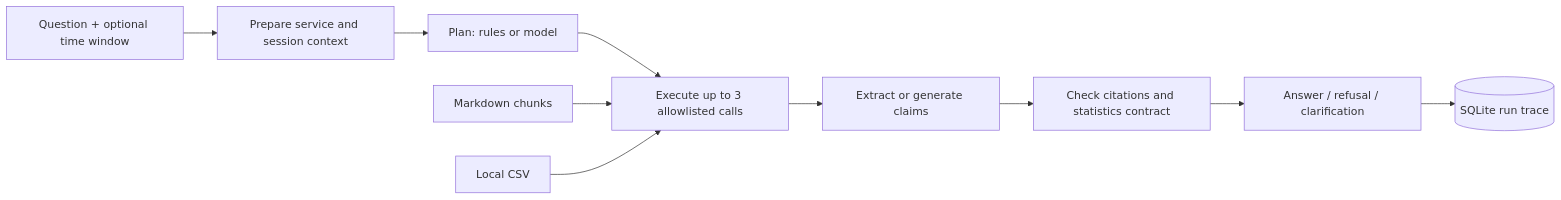
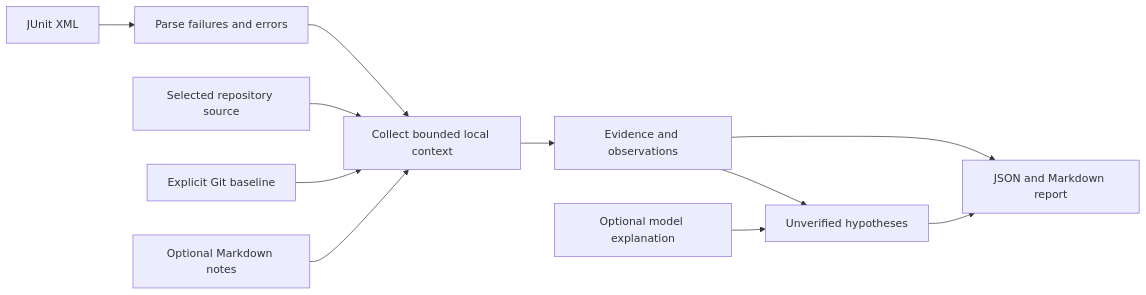
Before and after one commit to YGCYJA/opspilot: the diagram in docs/architecture.md, drawn with Mermaid. The commit also changed other lines of this file and 94 other files, not shown here.

````diff
--- a/docs/architecture.md
+++ b/docs/architecture.md
@@ -5,12 +5,13 @@
 ```mermaid
 flowchart LR
-  Q[Question + optional time window] --> P[Prepare service and session context]
-  P --> PL[Plan: rules or model]
-  PL --> T[Execute up to 3 allowlisted calls]
-  K[Markdown chunks] --> T
-  L[Local CSV] --> T
-  T --> A[Extract or generate claims]
-  A --> V[Check citations and statistics contract]
-  V --> R[Answer / refusal / clarification]
-  R --> S[(SQLite run trace)]
+  J[JUnit XML] --> P[Parse failures and errors]
+  P --> C[Collect bounded local context]
+  R[Selected repository source] --> C
+  G[Explicit Git baseline] --> C
+  N[Optional Markdown notes] --> C
+  C --> E[Evidence and observations]
+  E --> H[Unverified hypotheses]
+  M[Optional model explanation] --> H
+  E --> O[JSON and Markdown report]
+  H --> O
 ```
````
